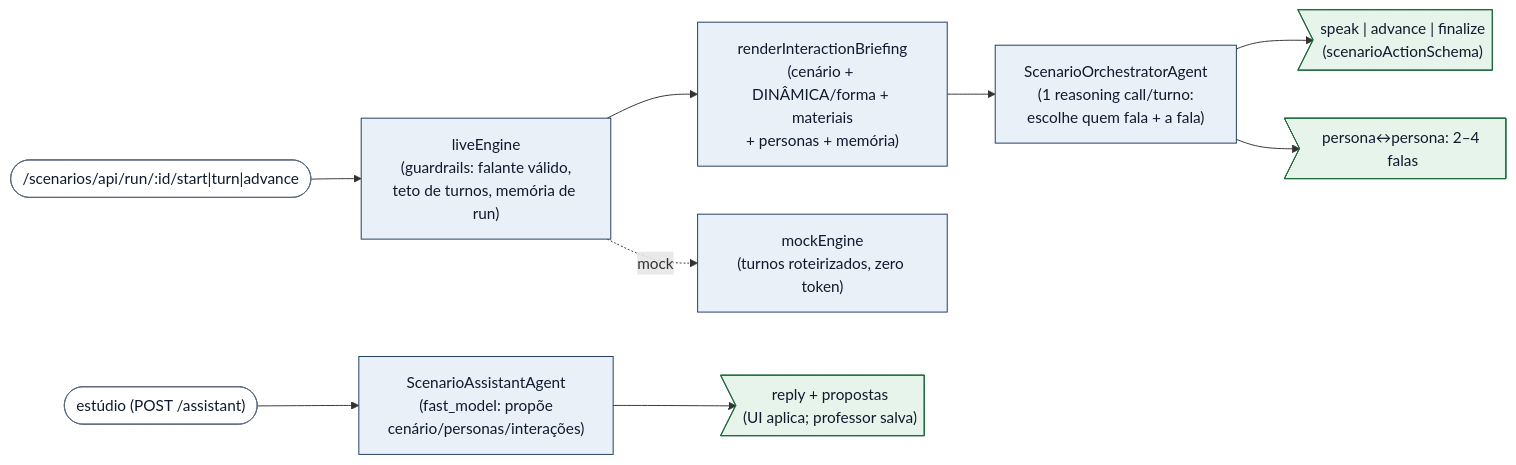
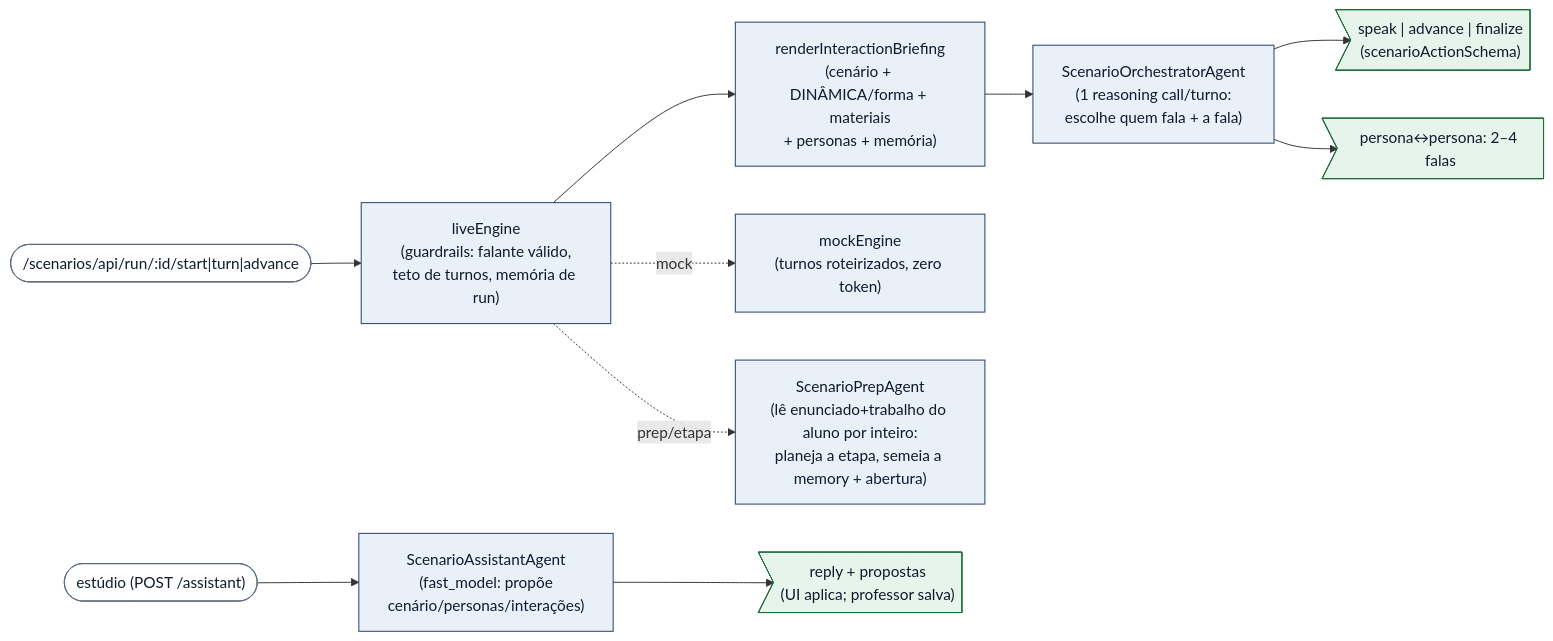
The third of 3 diagrams in docs/architecture.md (gladsjr/super-ta), drawn with Mermaid before and after one commit. The commit also changed other lines of this file and 5 other files, not shown here.

First line of the commit message:
feat(cenarios): prep por interação — planeja a etapa lendo o contexto inteiro [Fase 3]

````diff
--- a/docs/architecture.md
+++ b/docs/architecture.md
@@ -196,24 +196,26 @@
 ```mermaid
 flowchart LR
   RunStart(["/scenarios/api/run/:id/start|turn|advance"]) --> Live["liveEngine<br/>(guardrails: falante válido,<br/>teto de turnos, memória de run)"]
   Live --> Brief["renderInteractionBriefing<br/>(cenário + DINÂMICA/forma + materiais<br/>+ personas + memória)"]
   Brief --> ScenOrq["ScenarioOrchestratorAgent<br/>(1 reasoning call/turno:<br/>escolhe quem fala + a fala)"]
   ScenOrq --> TurnOut>"speak | advance | finalize<br/>(scenarioActionSchema)"]
   ScenOrq --> ExchangeOut>"persona↔persona: 2–4 falas"]
   Live -. mock .-> Mock["mockEngine<br/>(turnos roteirizados, zero token)"]
+  Live -. prep/etapa .-> Prep["ScenarioPrepAgent<br/>(lê enunciado+trabalho do aluno por inteiro:<br/>planeja a etapa, semeia a memory + abertura)"]
   Studio(["estúdio (POST /assistant)"]) --> Assist["ScenarioAssistantAgent<br/>(fast_model: propõe<br/>cenário/personas/interações)"]
   Assist --> Proposals>"reply + propostas<br/>(UI aplica; professor salva)"]
 
   classDef agent fill:#eaf0f7,stroke:#1e3a5f,color:#0f1b2d;
   classDef out   fill:#e7f4eb,stroke:#1f6c3b,color:#0f1b2d;
   classDef entry fill:#ffffff,stroke:#5a6b80,color:#0f1b2d;
-  class Live,Brief,ScenOrq,Mock,Assist agent
+  class Live,Brief,ScenOrq,Mock,Prep,Assist agent
   class TurnOut,ExchangeOut,Proposals out
   class RunStart,Studio entry
 
   click ScenOrq "vscode://file/c:/Users/glads/src/super-ta/agents/ScenarioOrchestratorAgent.js:32" "turnSystemBody (turno) — exchangeSystemBody em :56"
+  click Prep "vscode://file/c:/Users/glads/src/super-ta/agents/ScenarioPrepAgent.js" "prepSystemBody (planeja a interação + abertura)"
   click Brief "vscode://file/c:/Users/glads/src/super-ta/lib/scenarios/agenda.js" "renderInteractionBriefing / renderPersonaAgenda"
   click TurnOut "vscode://file/c:/Users/glads/src/super-ta/lib/scenarios/scenarioActionSchema.js" "schema da ação do cenário"
   click Mock "vscode://file/c:/Users/glads/src/super-ta/lib/scenarios/mockEngine.js" "mockEngine (roteirizado)"
   click Assist "vscode://file/c:/Users/glads/src/super-ta/agents/ScenarioAssistantAgent.js:26" "systemPromptBody do ScenarioAssistantAgent"
 ```
````
